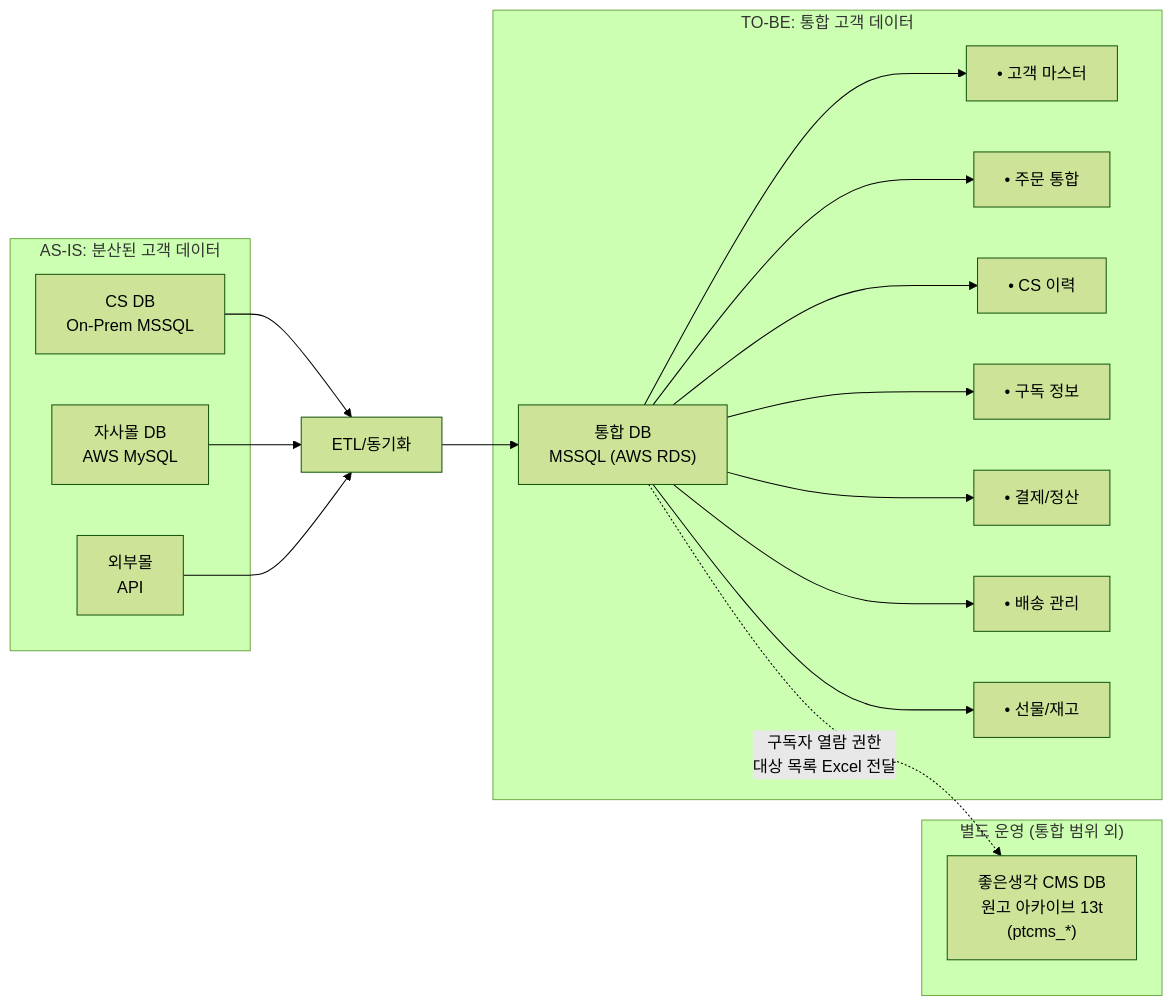
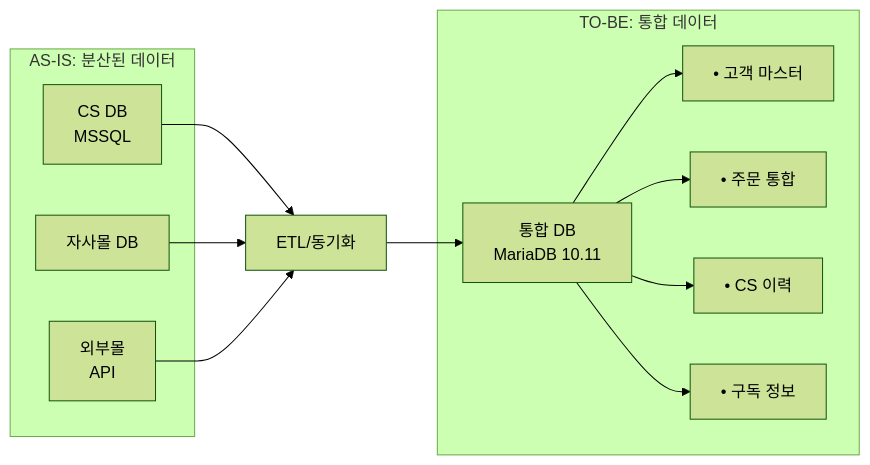
Before and after one commit to sknkwoxs/manual-book: the first of 5 diagrams in src/content/docs/goodthinking-isp/04-design/data-integration.md, drawn with Mermaid (forest theme). The commit also changed other lines of this file and 6 other files, not shown here.

````diff
--- a/src/content/docs/goodthinking-isp/04-design/data-integration.md
+++ b/src/content/docs/goodthinking-isp/04-design/data-integration.md
@@ -16,39 +16,27 @@
 ```mermaid
 graph LR
-    subgraph ASIS["AS-IS: 분산된 고객 데이터"]
-        A1["CS DB<br/>On-Prem MSSQL"]
-        A2["자사몰 DB<br/>AWS MySQL"]
+    subgraph ASIS["AS-IS: 분산된 데이터"]
+        A1["CS DB<br/>MSSQL"]
+        A2["자사몰 DB"]
         A3["외부몰<br/>API"]
     end
     
     ETL["ETL/동기화"]
     
-    subgraph TOBE["TO-BE: 통합 고객 데이터"]
-        B1["통합 DB<br/>MSSQL (AWS RDS)"]
+    subgraph TOBE["TO-BE: 통합 데이터"]
+        B1["통합 DB<br/>MariaDB 10.11"]
         B2["• 고객 마스터"]
         B3["• 주문 통합"]
         B4["• CS 이력"]
         B5["• 구독 정보"]
-        B6["• 결제/정산"]
-        B7["• 배송 관리"]
-        B8["• 선물/재고"]
-    end
-    
-    subgraph CMS_SEPARATE["별도 운영 (통합 범위 외)"]
-        C1["좋은생각 CMS DB<br/>원고 아카이브 13t<br/>(ptcms_*)"]
     end
     
     A1 --> ETL
     A2 --> ETL
     A3 --> ETL
     ETL --> B1
     B1 --> B2
     B1 --> B3
     B1 --> B4
     B1 --> B5
-    B1 --> B6
-    B1 --> B7
-    B1 --> B8
-    
-    B1 -.->|구독자 열람 권한<br/>대상 목록 Excel 전달| C1
 ```
````
